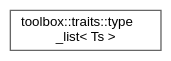
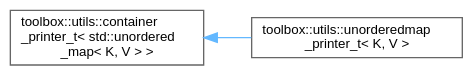
The diagram in inherit_graph_66.dot (nerdneilsfield/cpp-toolbox), drawn with Graphviz before and after one commit. The commit also changed 329 other files, not shown here.

```diff
--- a/inherit_graph_66.dot
+++ b/inherit_graph_66.dot
@@ -1,9 +1,11 @@
 digraph "Graphical Class Hierarchy"
 {
  // LATEX_PDF_SIZE
   bgcolor="transparent";
   edge [fontname=Helvetica,fontsize=10,labelfontname=Helvetica,labelfontsize=10];
   node [fontname=Helvetica,fontsize=10,shape=box,height=0.2,width=0.4];
   rankdir="LR";
-  Node0 [id="Node000000",label="toolbox::traits::type\l_list\< Ts \>",height=0.2,width=0.4,color="grey40", fillcolor="white", style="filled",URL="$structtoolbox_1_1traits_1_1type__list.html",tooltip="类型列表容器/Type list container"];
+  Node0 [id="Node000000",label="toolbox::utils::container\l_printer_t\< std::unordered\l_map\< K, V \> \>",height=0.2,width=0.4,color="grey40", fillcolor="white", style="filled",URL="$classtoolbox_1_1utils_1_1container__printer__t.html",tooltip=" "];
+  Node0 -> Node1 [id="edge36_Node000000_Node000001",dir="back",color="steelblue1",style="solid",tooltip=" "];
+  Node1 [id="Node000001",label="toolbox::utils::unorderedmap\l_printer_t\< K, V \>",height=0.2,width=0.4,color="grey40", fillcolor="white", style="filled",URL="$classtoolbox_1_1utils_1_1unorderedmap__printer__t.html",tooltip="Unordered Map 打印器/Unordered map printer."];
 }
```
